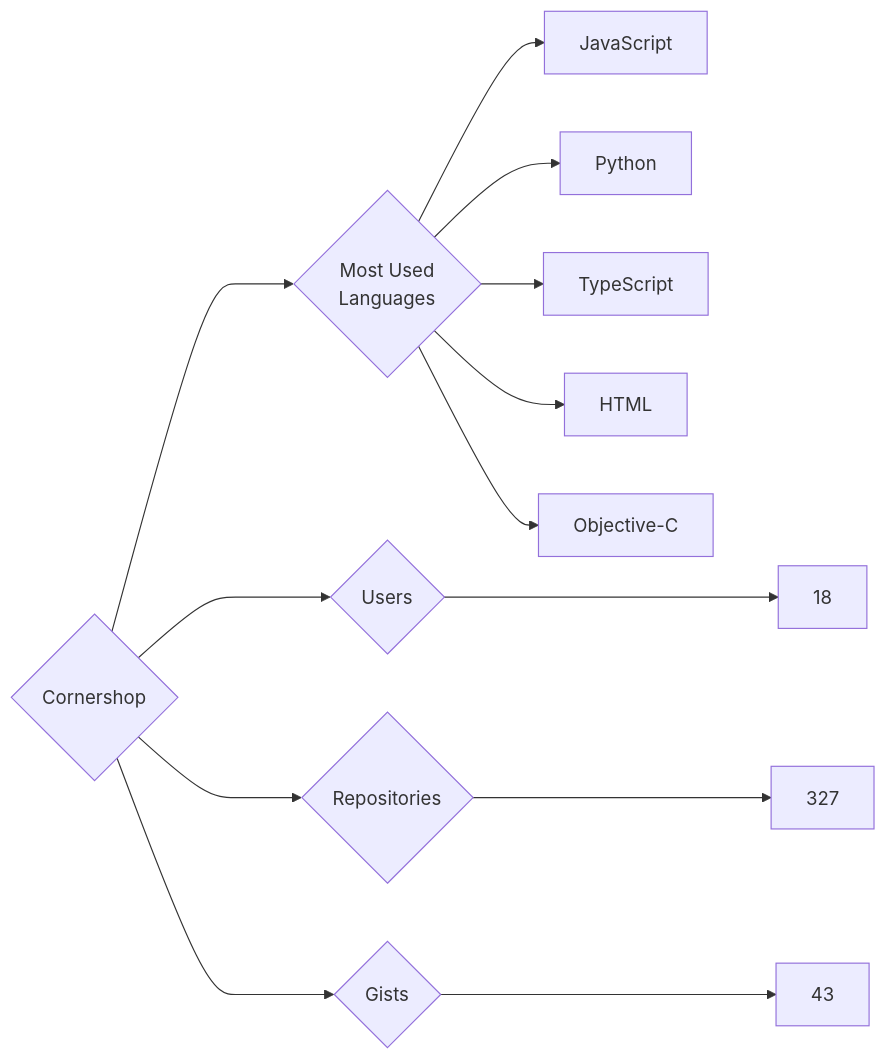
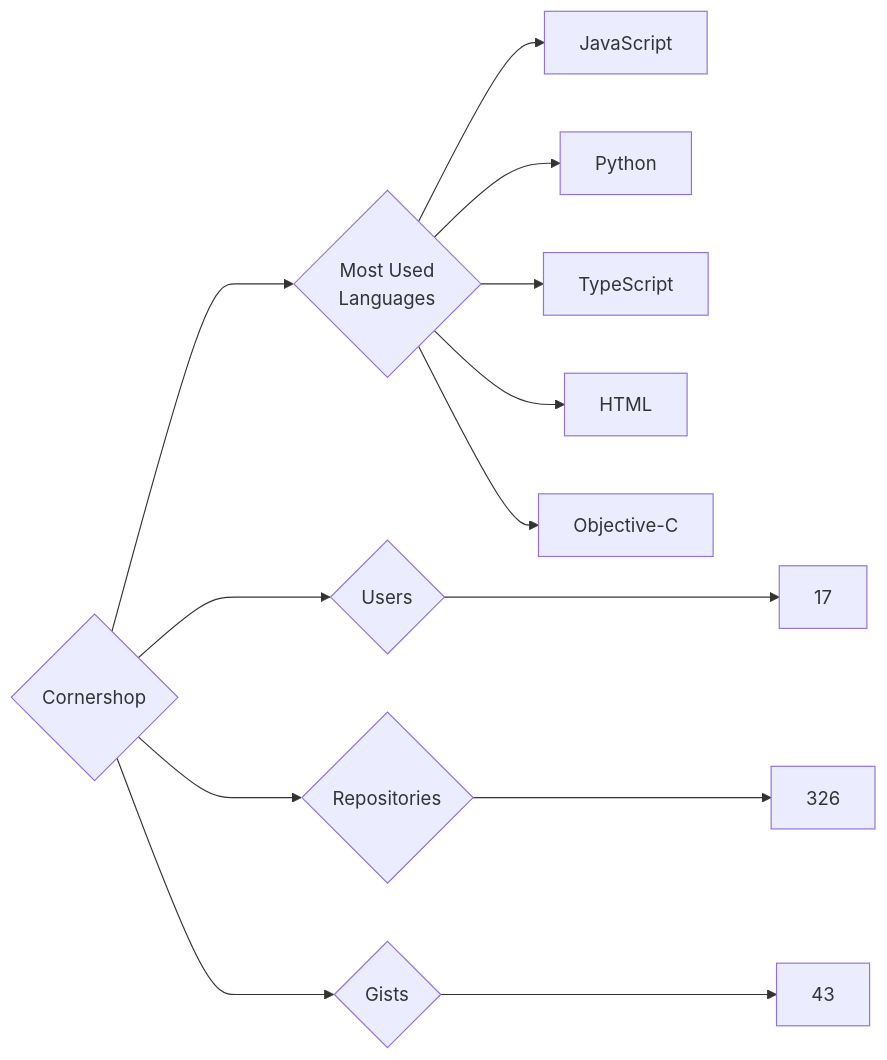
Before and after one commit to trickest/insiders: the diagram in targets/Cornershop/README.md, drawn with Mermaid. The commit also changed 1238 other files, not shown here.

````diff
--- a/targets/Cornershop/README.md
+++ b/targets/Cornershop/README.md
@@ -3,13 +3,13 @@
 ```mermaid
 graph LR
 COMPANY_NAME{Cornershop}
-COMPANY_NAME ---> U{Users} ---> UN[18]
-COMPANY_NAME ---> R{Repositories} ---> RN[327]
+COMPANY_NAME ---> U{Users} ---> UN[17]
+COMPANY_NAME ---> R{Repositories} ---> RN[326]
 COMPANY_NAME ---> G{Gists} ---> GN[43]
 COMPANY_NAME ---> ML{Most Used<br>Languages}
 ML --> JavaScript[JavaScript]
 ML --> Python[Python]
 ML --> TypeScript[TypeScript]
 ML --> HTML[HTML]
 ML --> Objective-C[Objective-C]
 ```
````
